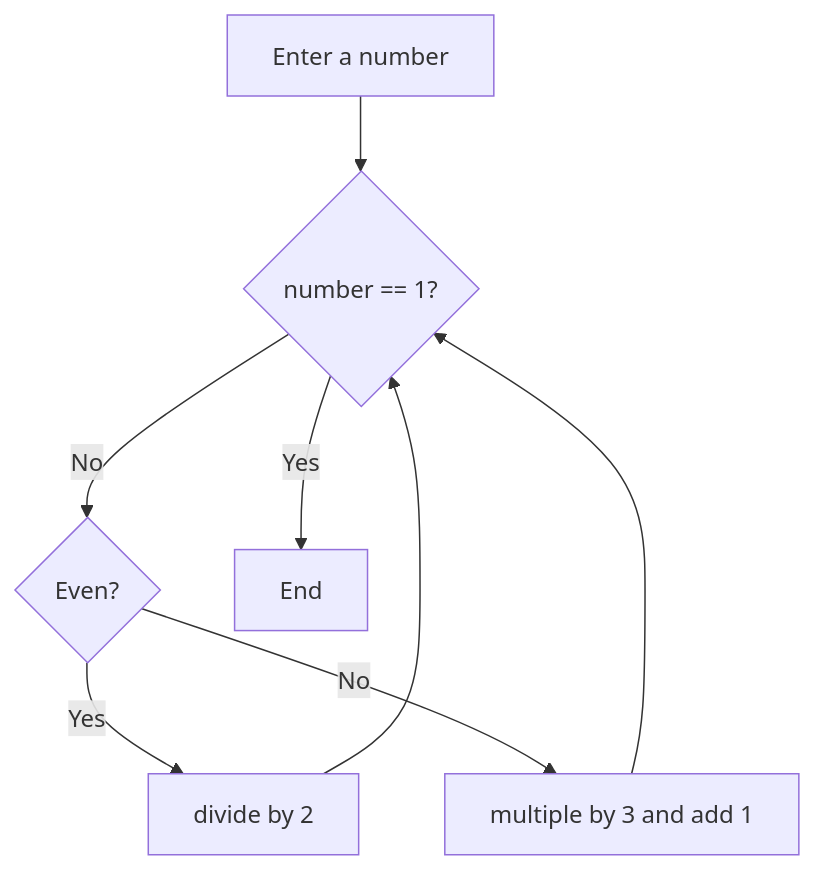
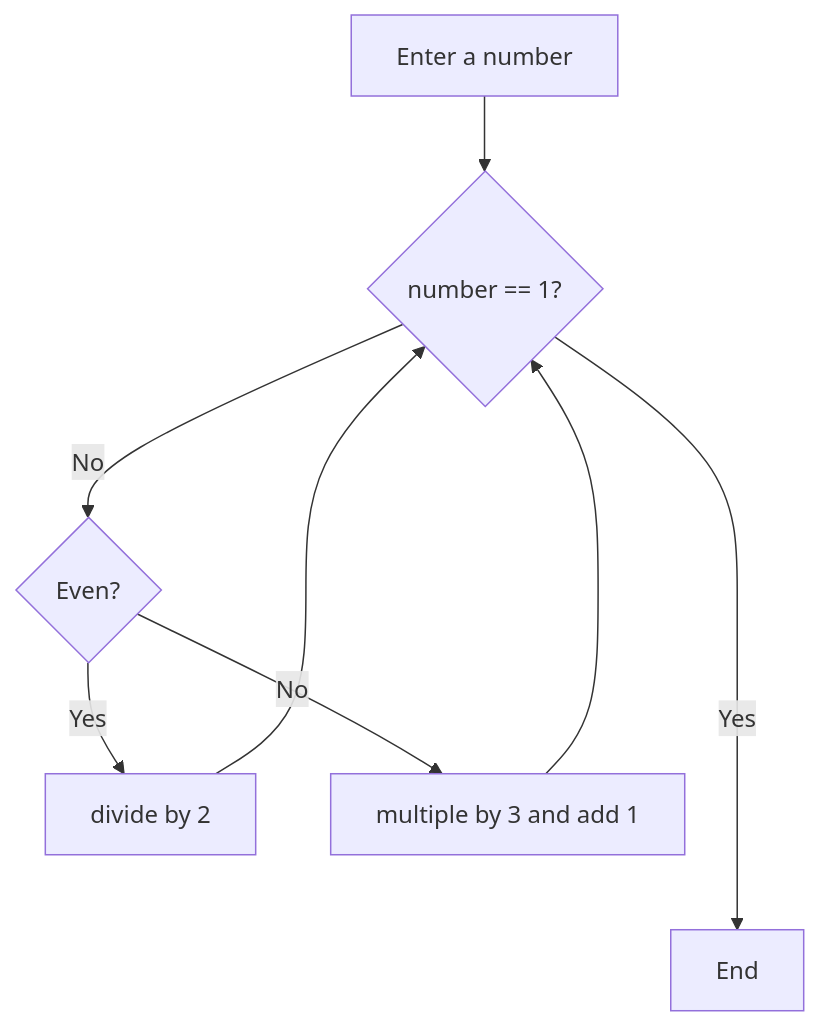
One commit to PeeBs68/mywork changed the second of 2 diagrams in README.md. Above: the diagram before and after it, drawn with Mermaid.

Commit message:
mermaid testing

````diff
--- a/README.md
+++ b/README.md
@@ -27,10 +27,10 @@
 ```mermaid
 flowchart TD;
     A[Enter a number] --> B{number == 1?};
     B -- No --> C{Even?};
-    B -- Yes --> G[End];
+    B -- Yes ----> G[End];
     C -- Yes --> D[divide by 2];
     D --> B;
     C -- No --> E[multiple by 3 and add 1];
     E --> B;
 ```
````
